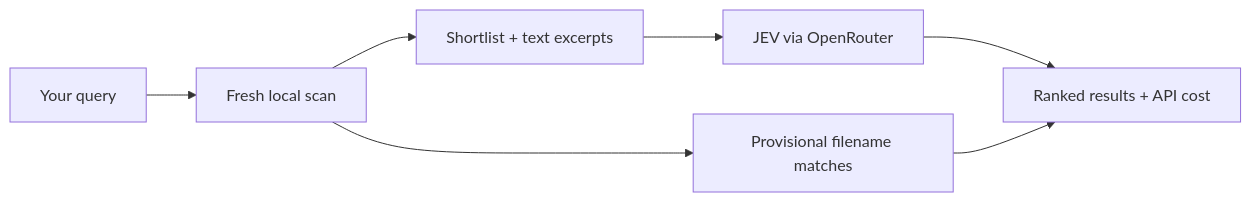
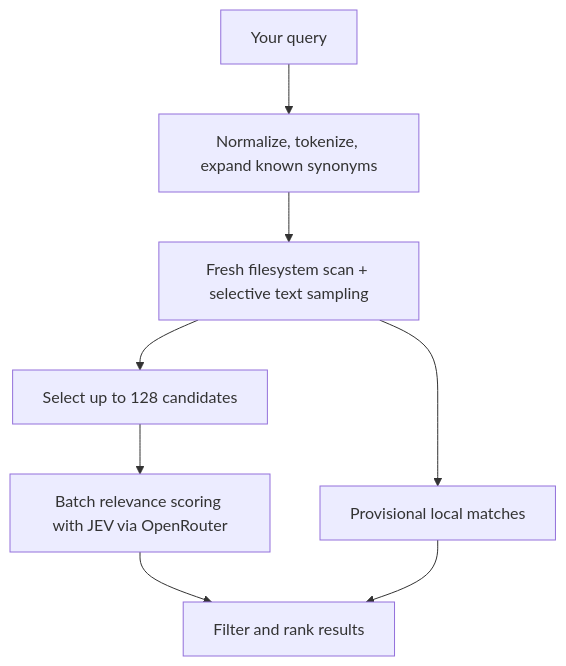
The diagram in README.md (assadiandre/jev-search), drawn with Mermaid before and after one commit. The commit also changed other lines of this file, not shown here.

Commit message:
Document query preparation and overlapping JEV retrieval stages

````diff
--- a/README.md
+++ b/README.md
@@ -19,9 +19,10 @@
 ```mermaid
-flowchart LR
-    A[Your query] --> B[Fresh local scan]
-    B --> C[Shortlist + text excerpts]
-    C --> D[JEV via OpenRouter]
-    D --> E[Ranked results + API cost]
-    B --> F[Provisional filename matches]
-    F --> E
+flowchart TD
+    A[Your query] --> B[Normalize, tokenize, expand known synonyms]
+    B --> C[Fresh filesystem scan + selective text sampling]
+    C --> D[Select up to 128 candidates]
+    D --> E[Batch relevance scoring with JEV via OpenRouter]
+    E --> F[Filter and rank results]
+    C --> G[Provisional local matches]
+    G --> F
 ```
````
